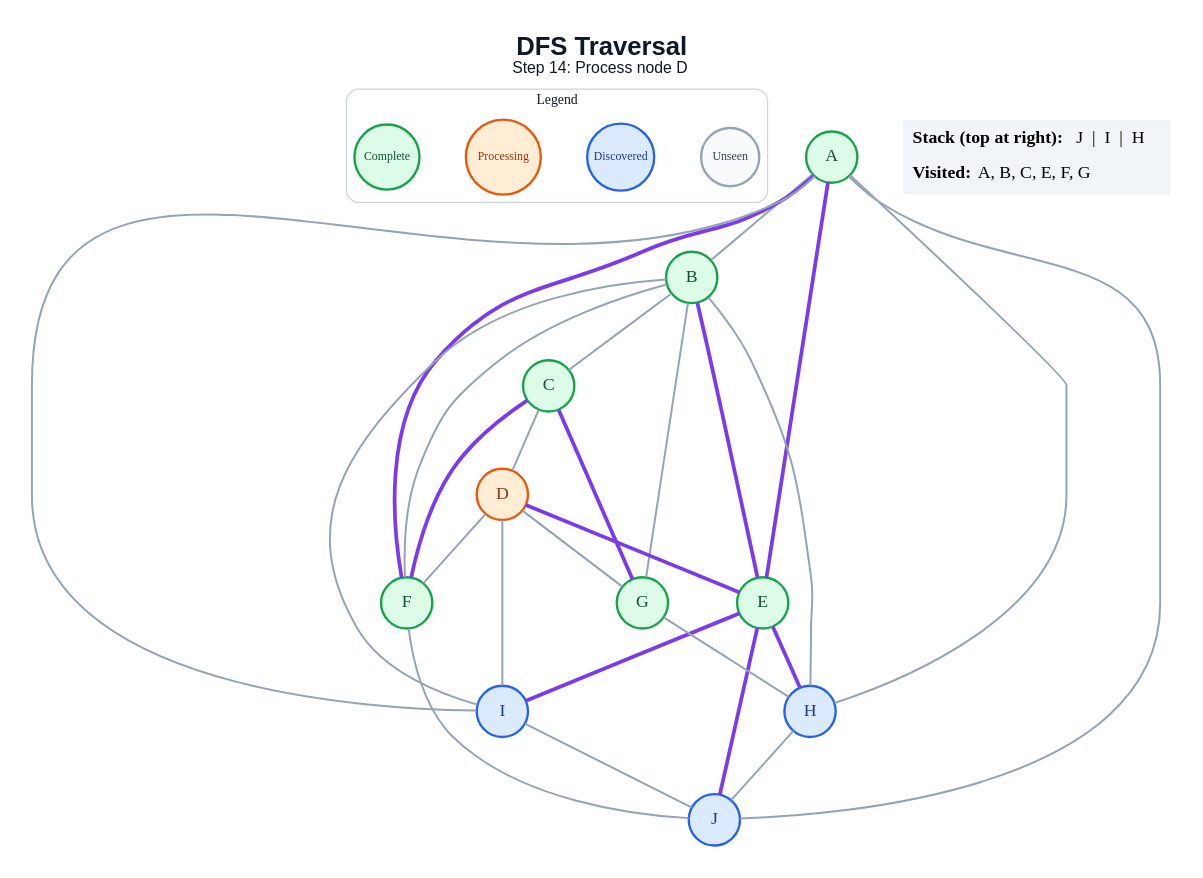
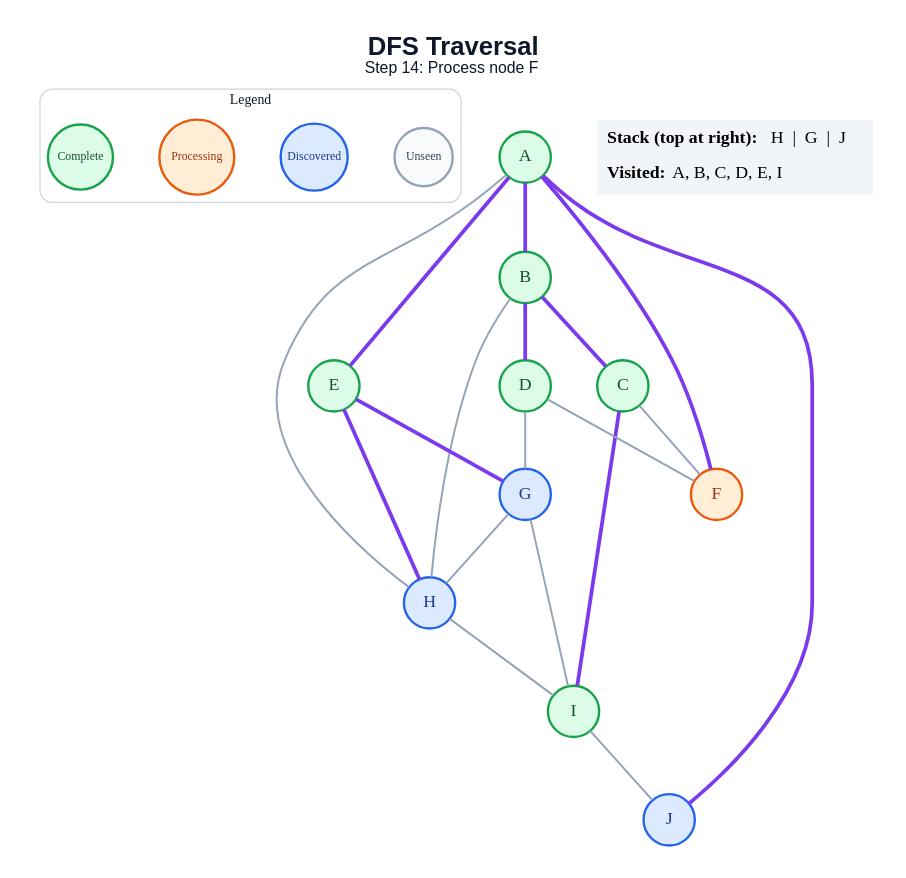
The diagram in generated/specific-node/dfs/step_14.dot (anon7238593-create/ai-slop), drawn with Graphviz before and after one commit. The commit also changed 178 other files, not shown here.

```diff
--- a/generated/specific-node/dfs/step_14.dot
+++ b/generated/specific-node/dfs/step_14.dot
@@ -1,55 +1,47 @@
 graph traversal {
   graph [layout=dot, rankdir=TB, bgcolor="#FFFFFF", pad="0.35", nodesep="0.65", ranksep="0.8", fontname="Arial"];
   node [shape=circle, style="filled", fontname="Arial Bold", fontsize=18, width=0.72, fixedsize=true, penwidth=2.4];
   edge [color="#94A3B8", penwidth=2.0];
-  label=<<B>DFS Traversal</B><BR/><FONT POINT-SIZE="16">Step 14: Process node D</FONT>>; labelloc="t"; fontsize=26; fontname="Arial"; fontcolor="#0F172A";
+  label=<<B>DFS Traversal</B><BR/><FONT POINT-SIZE="16">Step 14: Process node F</FONT>>; labelloc="t"; fontsize=26; fontname="Arial"; fontcolor="#0F172A";
   subgraph cluster_legend { label="Legend"; color="#CBD5E1"; penwidth=1.2; style="rounded"; fontsize=14; fontname="Arial Bold";
     key_unseen [label="Unseen", fillcolor="#F8FAFC", color="#94A3B8", fontcolor="#334155", fontsize=12, width=0.82];
     key_frontier [label="Discovered", fillcolor="#DBEAFE", color="#2563EB", fontcolor="#1E3A8A", fontsize=12, width=0.95];
     key_current [label="Processing", fillcolor="#FFEDD5", color="#EA580C", fontcolor="#9A3412", fontsize=12, width=1.05];
     key_done [label="Complete", fillcolor="#DCFCE7", color="#16A34A", fontcolor="#14532D", fontsize=12, width=0.92];
     { rank=same; key_unseen; key_frontier; key_current; key_done; }
   }
   A [fillcolor="#DCFCE7", color="#16A34A", fontcolor="#14532D"];
   B [fillcolor="#DCFCE7", color="#16A34A", fontcolor="#14532D"];
   C [fillcolor="#DCFCE7", color="#16A34A", fontcolor="#14532D"];
-  D [fillcolor="#FFEDD5", color="#EA580C", fontcolor="#9A3412"];
+  D [fillcolor="#DCFCE7", color="#16A34A", fontcolor="#14532D"];
   E [fillcolor="#DCFCE7", color="#16A34A", fontcolor="#14532D"];
-  F [fillcolor="#DCFCE7", color="#16A34A", fontcolor="#14532D"];
-  G [fillcolor="#DCFCE7", color="#16A34A", fontcolor="#14532D"];
+  F [fillcolor="#FFEDD5", color="#EA580C", fontcolor="#9A3412"];
+  G [fillcolor="#DBEAFE", color="#2563EB", fontcolor="#1E3A8A"];
   H [fillcolor="#DBEAFE", color="#2563EB", fontcolor="#1E3A8A"];
-  I [fillcolor="#DBEAFE", color="#2563EB", fontcolor="#1E3A8A"];
+  I [fillcolor="#DCFCE7", color="#16A34A", fontcolor="#14532D"];
   J [fillcolor="#DBEAFE", color="#2563EB", fontcolor="#1E3A8A"];
-  A -- B;
+  A -- B [color="#7C3AED", penwidth=3.8];
   A -- E [color="#7C3AED", penwidth=3.8];
   A -- F [color="#7C3AED", penwidth=3.8];
   A -- H;
-  A -- I;
-  A -- J;
-  B -- C;
-  B -- E [color="#7C3AED", penwidth=3.8];
-  B -- F;
-  B -- G;
+  A -- J [color="#7C3AED", penwidth=3.8];
+  B -- C [color="#7C3AED", penwidth=3.8];
+  B -- D [color="#7C3AED", penwidth=3.8];
   B -- H;
-  B -- I;
-  C -- D;
-  C -- F [color="#7C3AED", penwidth=3.8];
-  C -- G [color="#7C3AED", penwidth=3.8];
-  D -- E [color="#7C3AED", penwidth=3.8];
+  C -- F;
+  C -- I [color="#7C3AED", penwidth=3.8];
   D -- F;
   D -- G;
-  D -- I;
+  E -- G [color="#7C3AED", penwidth=3.8];
   E -- H [color="#7C3AED", penwidth=3.8];
-  E -- I [color="#7C3AED", penwidth=3.8];
-  E -- J [color="#7C3AED", penwidth=3.8];
-  F -- J;
   G -- H;
-  H -- J;
+  G -- I;
+  H -- I;
   I -- J;
   status [shape=plain, fixedsize=false, width=0, height=0, margin=0, label=<
     <TABLE BORDER="0" CELLBORDER="0" CELLPADDING="7" BGCOLOR="#F1F5F9">
-      <TR><TD ALIGN="LEFT"><B>Stack (top at right):</B> J  |  I  |  H</TD></TR>
-      <TR><TD ALIGN="LEFT"><B>Visited:</B> A, B, C, E, F, G</TD></TR>
+      <TR><TD ALIGN="LEFT"><B>Stack (top at right):</B> H  |  G  |  J</TD></TR>
+      <TR><TD ALIGN="LEFT"><B>Visited:</B> A, B, C, D, E, I</TD></TR>
     </TABLE>
   >];
 }
```
